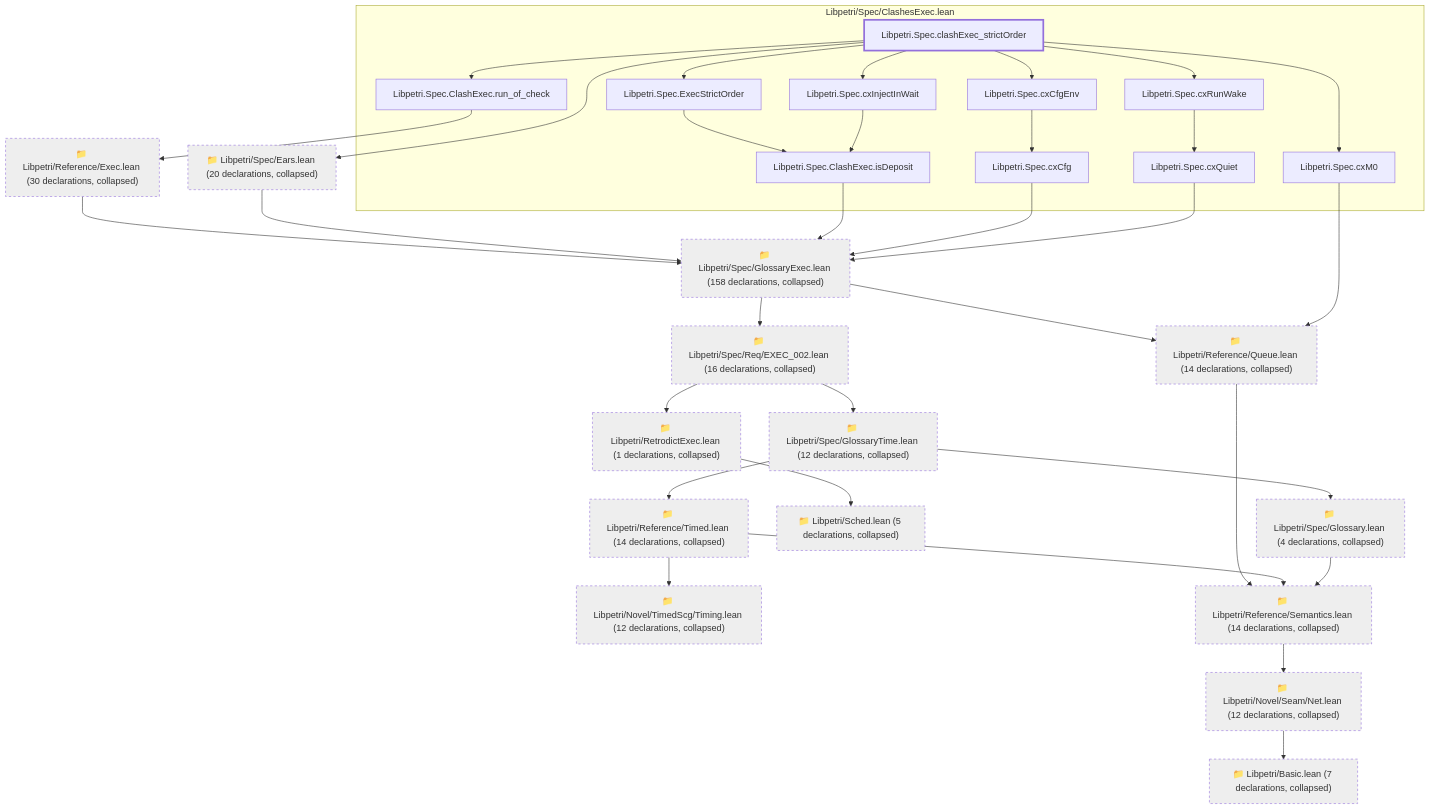
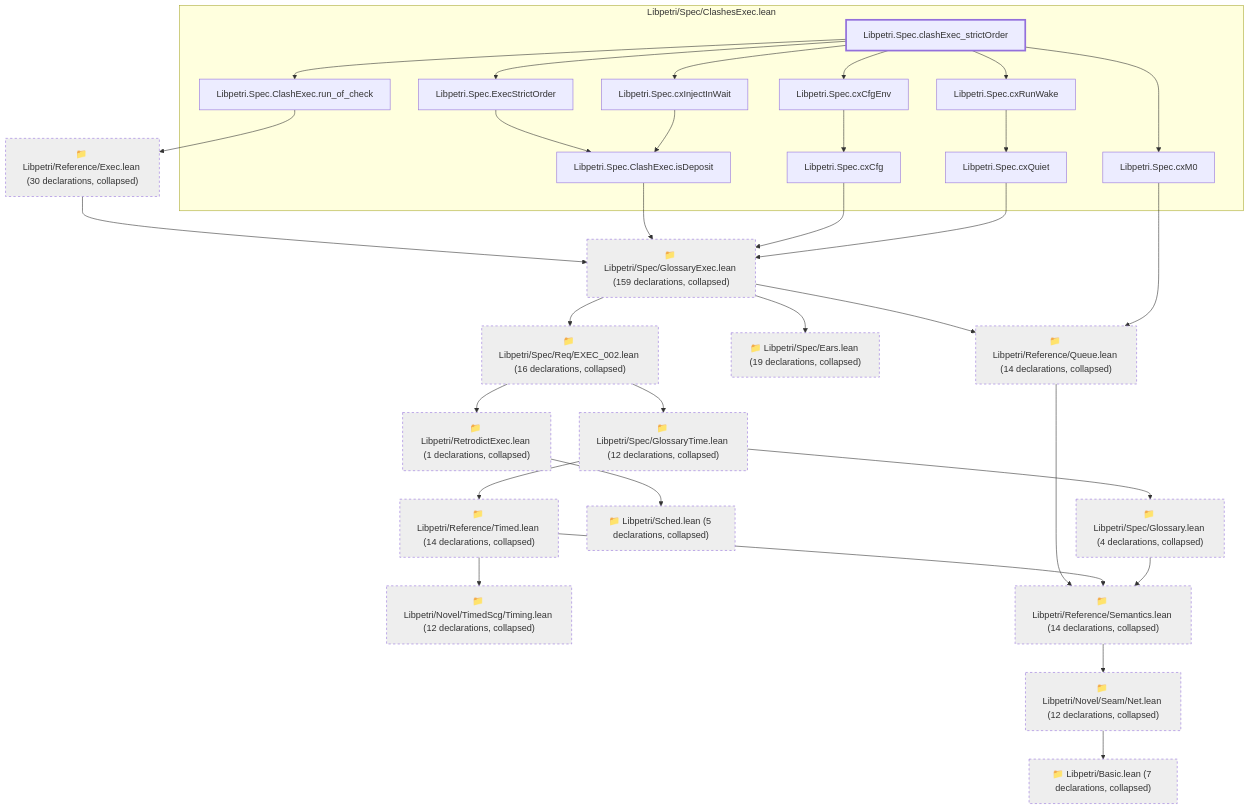
Before and after one commit to debe/libpetri: the second of 3 diagrams in lean/graph/requirements/EXEC-001.md, drawn with Mermaid. The commit also changed other lines of this file and 244 other files, not shown here.

First line of the commit message:
feat(site): Lean-checked spec site and libpetri.org landing page

````diff
--- a/lean/graph/requirements/EXEC-001.md
+++ b/lean/graph/requirements/EXEC-001.md
@@ -92,65 +91,64 @@
 ```mermaid
 flowchart TD
   subgraph g0["Libpetri/Spec/ClashesExec.lean"]
     n4859["Libpetri.Spec.ClashExec.isDeposit"]
     n4860["Libpetri.Spec.ClashExec.run_of_check"]
-    n6020["Libpetri.Spec.ExecStrictOrder"]
-    n7686["Libpetri.Spec.clashExec_strictOrder"]
-    n9144["Libpetri.Spec.cxCfg"]
-    n9147["Libpetri.Spec.cxCfgEnv"]
-    n9151["Libpetri.Spec.cxInjectInWait"]
-    n9153["Libpetri.Spec.cxM0"]
-    n9154["Libpetri.Spec.cxQuiet"]
-    n9163["Libpetri.Spec.cxRunWake"]
+    n6021["Libpetri.Spec.ExecStrictOrder"]
+    n7687["Libpetri.Spec.clashExec_strictOrder"]
+    n9145["Libpetri.Spec.cxCfg"]
+    n9148["Libpetri.Spec.cxCfgEnv"]
+    n9152["Libpetri.Spec.cxInjectInWait"]
+    n9154["Libpetri.Spec.cxM0"]
+    n9155["Libpetri.Spec.cxQuiet"]
+    n9164["Libpetri.Spec.cxRunWake"]
   end
   c0["📁 Libpetri/Basic.lean (7 declarations, collapsed)"]
   c54["📁 Libpetri/Novel/Seam/Net.lean (12 declarations, collapsed)"]
   c66["📁 Libpetri/Novel/TimedScg/Timing.lean (12 declarations, collapsed)"]
   c74["📁 Libpetri/Reference/Exec.lean (30 declarations, collapsed)"]
   c80["📁 Libpetri/Reference/Queue.lean (14 declarations, collapsed)"]
   c83["📁 Libpetri/Reference/Semantics.lean (14 declarations, collapsed)"]
   c87["📁 Libpetri/Reference/Timed.lean (14 declarations, collapsed)"]
   c92["📁 Libpetri/RetrodictExec.lean (1 declarations, collapsed)"]
   c98["📁 Libpetri/Sched.lean (5 declarations, collapsed)"]
-  c114["📁 Libpetri/Spec/Ears.lean (20 declarations, collapsed)"]
+  c114["📁 Libpetri/Spec/Ears.lean (19 declarations, collapsed)"]
   c115["📁 Libpetri/Spec/Glossary.lean (4 declarations, collapsed)"]
-  c120["📁 Libpetri/Spec/GlossaryExec.lean (158 declarations, collapsed)"]
+  c120["📁 Libpetri/Spec/GlossaryExec.lean (159 declarations, collapsed)"]
   c126["📁 Libpetri/Spec/GlossaryTime.lean (12 declarations, collapsed)"]
   c194["📁 Libpetri/Spec/Req/EXEC_002.lean (16 declarations, collapsed)"]
   c54 --> c0
   c74 --> c120
   c80 --> c83
   c83 --> c54
   c87 --> c66
   c87 --> c83
   c92 --> c98
-  c114 --> c120
   c115 --> c83
   c120 --> c80
+  c120 --> c114
   c120 --> c194
   c126 --> c87
   c126 --> c115
   c194 --> c92
   c194 --> c126
   n4859 --> c120
   n4860 --> c74
-  n6020 --> n4859
-  n7686 --> c114
-  n7686 --> n4860
-  n7686 --> n6020
-  n7686 --> n9147
-  n7686 --> n9151
-  n7686 --> n9153
-  n7686 --> n9163
-  n9144 --> c120
-  n9147 --> n9144
-  n9151 --> n4859
-  n9153 --> c80
-  n9154 --> c120
-  n9163 --> n9154
+  n6021 --> n4859
+  n7687 --> n4860
+  n7687 --> n6021
+  n7687 --> n9148
+  n7687 --> n9152
+  n7687 --> n9154
+  n7687 --> n9164
+  n9145 --> c120
+  n9148 --> n9145
+  n9152 --> n4859
+  n9154 --> c80
+  n9155 --> c120
+  n9164 --> n9155
   classDef root stroke-width:3px
   classDef locked fill:#fff3cd,stroke:#b8860b
   classDef collapsed fill:#eeeeee,stroke-dasharray:4 4
-  class n7686 root
+  class n7687 root
   class c0,c54,c66,c74,c80,c83,c87,c92,c98,c114,c115,c120,c126,c194 collapsed
 ```
````
